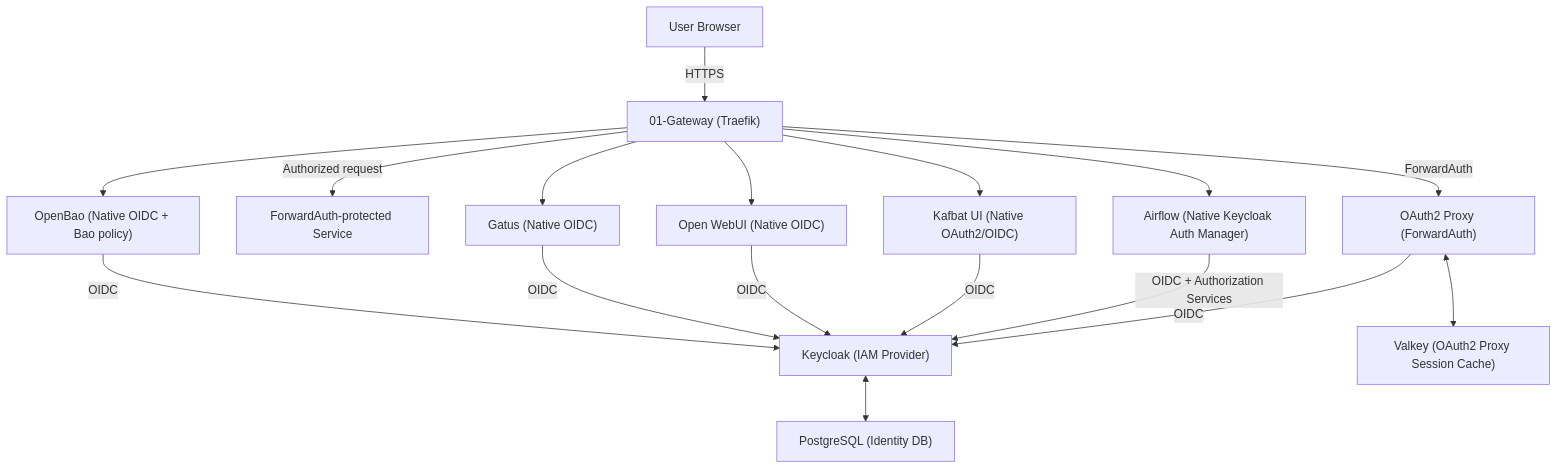
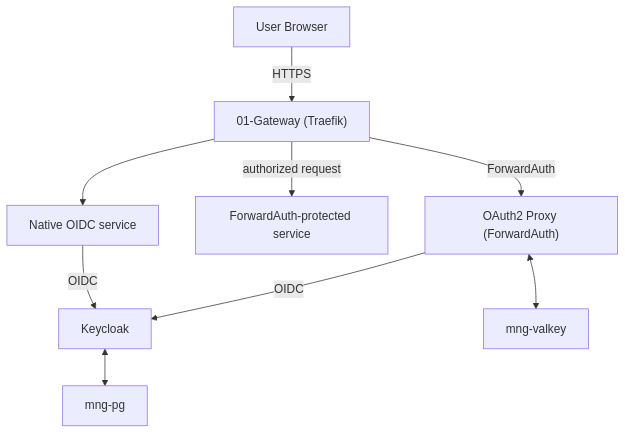
The diagram in docs/02.architecture/descriptions/0002-auth-architecture.md (buenhyden/hy-home.docker), drawn with Mermaid before and after one commit. The commit also changed other lines of this file and 8 other files, not shown here.

First line of the commit message:
docs(architecture): Align core tier descriptions with the workspace

````diff
--- a/docs/02.architecture/descriptions/0002-auth-architecture.md
+++ b/docs/02.architecture/descriptions/0002-auth-architecture.md
@@ -80,39 +47,20 @@
 ```mermaid
 graph TD
     Client["User Browser"]
     Gateway["01-Gateway (Traefik)"]
     OAuth2Proxy["OAuth2 Proxy (ForwardAuth)"]
-    Keycloak["Keycloak (IAM Provider)"]
-    ForwardApp["ForwardAuth-protected Service"]
-    Airflow["Airflow (Native Keycloak Auth Manager)"]
-    Kafbat["Kafbat UI (Native OAuth2/OIDC)"]
-    OpenWebUI["Open WebUI (Native OIDC)"]
-    Gatus["Gatus (Native OIDC)"]
-    OpenBao["OpenBao (Native OIDC + Bao policy)"]
-    PostgreSQL["PostgreSQL (Identity DB)"]
-    Valkey["Valkey (OAuth2 Proxy Session Cache)"]
+    Keycloak["Keycloak"]
+    ForwardApp["ForwardAuth-protected service"]
+    NativeApp["Native OIDC service"]
+    PostgreSQL["mng-pg"]
+    Valkey["mng-valkey"]
 
     Client -->|HTTPS| Gateway
-
     Gateway -->|ForwardAuth| OAuth2Proxy
     OAuth2Proxy -->|OIDC| Keycloak
-    Gateway -->|Authorized request| ForwardApp
     OAuth2Proxy <--> Valkey
-
-    Gateway --> Airflow
-    Airflow -->|OIDC + Authorization Services| Keycloak
-
-    Gateway --> Kafbat
-    Kafbat -->|OIDC| Keycloak
-
-    Gateway --> OpenWebUI
-    OpenWebUI -->|OIDC| Keycloak
-
-    Gateway --> Gatus
-    Gatus -->|OIDC| Keycloak
-
-    Gateway --> OpenBao
-    OpenBao -->|OIDC| Keycloak
-
+    Gateway -->|authorized request| ForwardApp
+    Gateway --> NativeApp
+    NativeApp -->|OIDC| Keycloak
     Keycloak <--> PostgreSQL
 ```
````
